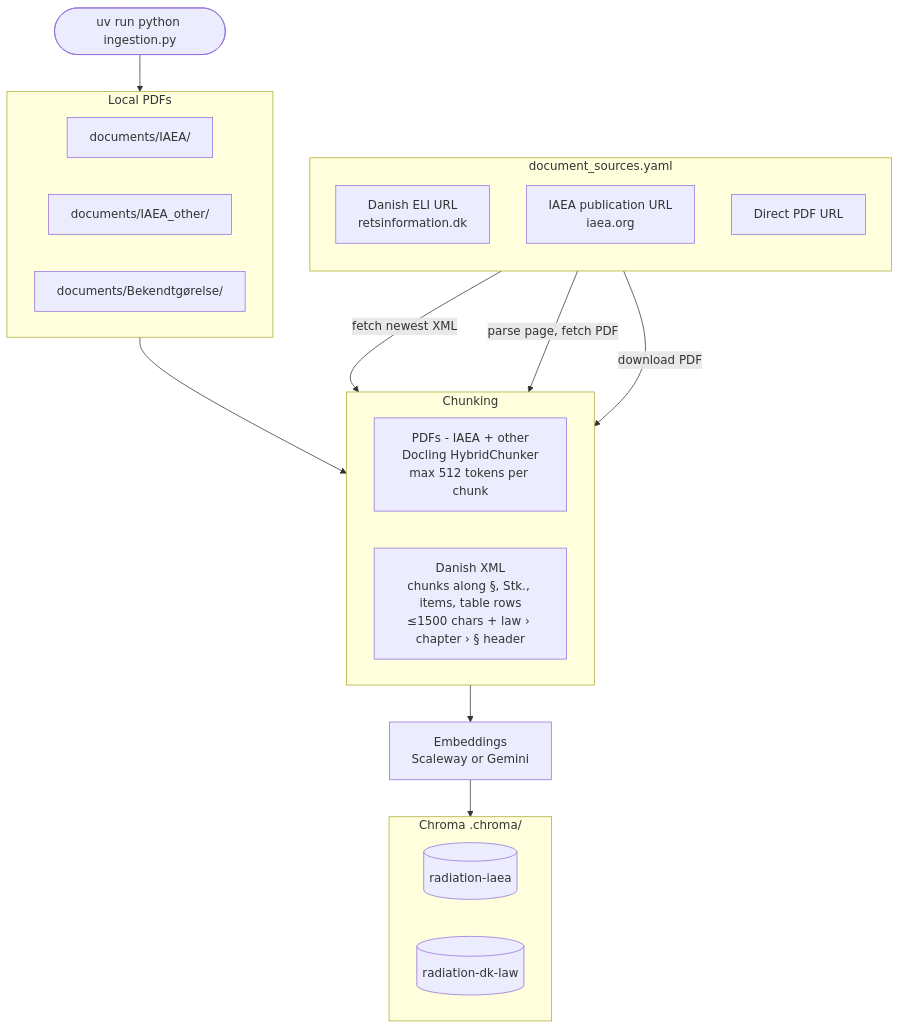
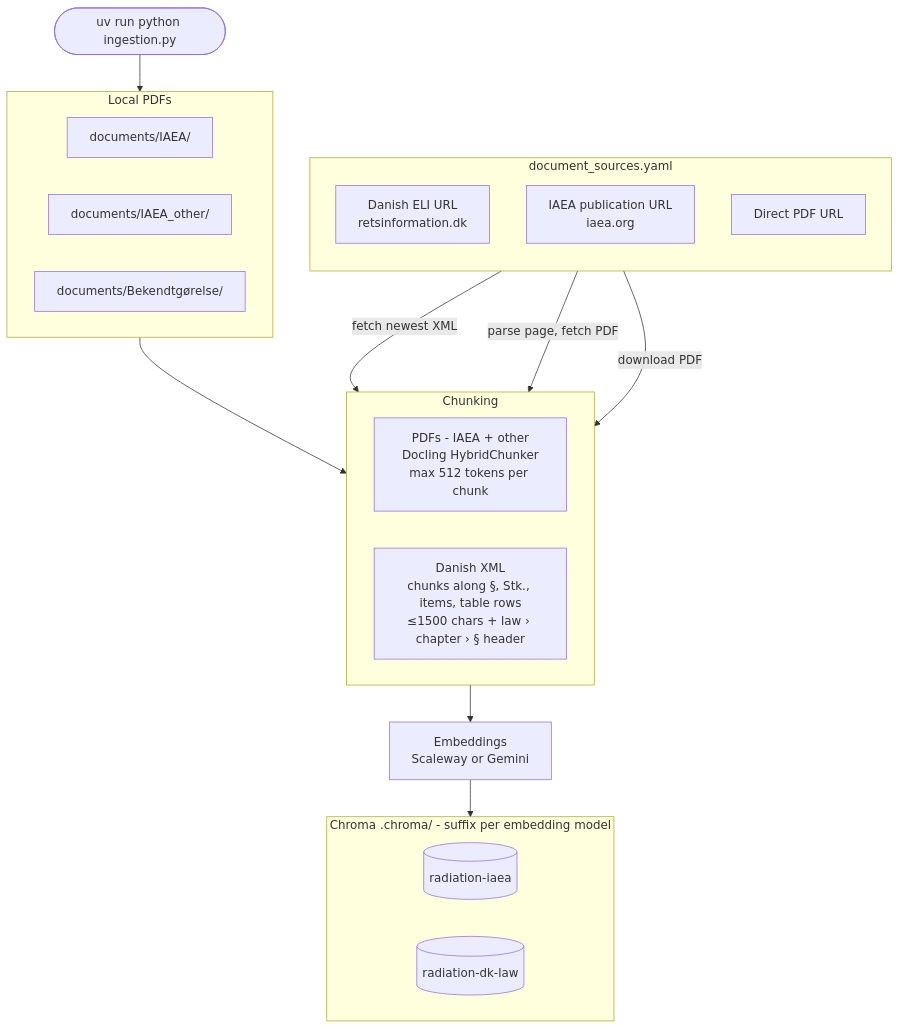
The third of 6 diagrams in docs/architecture.md (eikrad/Radiationsafety), drawn with Mermaid before and after one commit. The commit also changed other lines of this file and 6 other files, not shown here.

````diff
--- a/docs/architecture.md
+++ b/docs/architecture.md
@@ -153,37 +153,37 @@
 ```mermaid
 flowchart TD
     START([uv run python ingestion.py]) --> LOCAL
 
     subgraph LOCAL [Local PDFs]
         direction LR
         IAEA[documents/IAEA/]
         OTHER[documents/IAEA_other/]
         DK[documents/Bekendtgørelse/]
     end
 
     subgraph REGISTRY [document_sources.yaml]
         direction TB
         DKURL[Danish ELI URL\nretsinformation.dk]
         IAEAURL[IAEA publication URL\niaea.org]
         DIRECT[Direct PDF URL]
     end
 
     LOCAL --> CHUNK
     DKURL -->|fetch newest XML| CHUNK
     IAEAURL -->|parse page, fetch PDF| CHUNK
     DIRECT -->|download PDF| CHUNK
 
     subgraph CHUNK [Chunking]
         direction LR
         C1[PDFs - IAEA + other\nDocling HybridChunker\nmax 512 tokens per chunk]
         C2[Danish XML\nchunks along §, Stk., items, table rows\n≤1500 chars + law › chapter › § header]
     end
 
     CHUNK --> EMBED[Embeddings\nScaleway or Gemini]
     EMBED --> CHROMA
 
-    subgraph CHROMA [Chroma .chroma/]
+    subgraph CHROMA [Chroma .chroma/ - suffix per embedding model]
         COL1[(radiation-iaea)]
         COL2[(radiation-dk-law)]
     end
 ```
````
